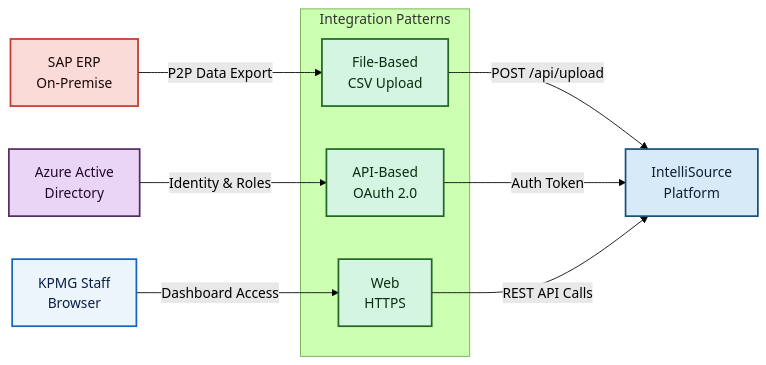
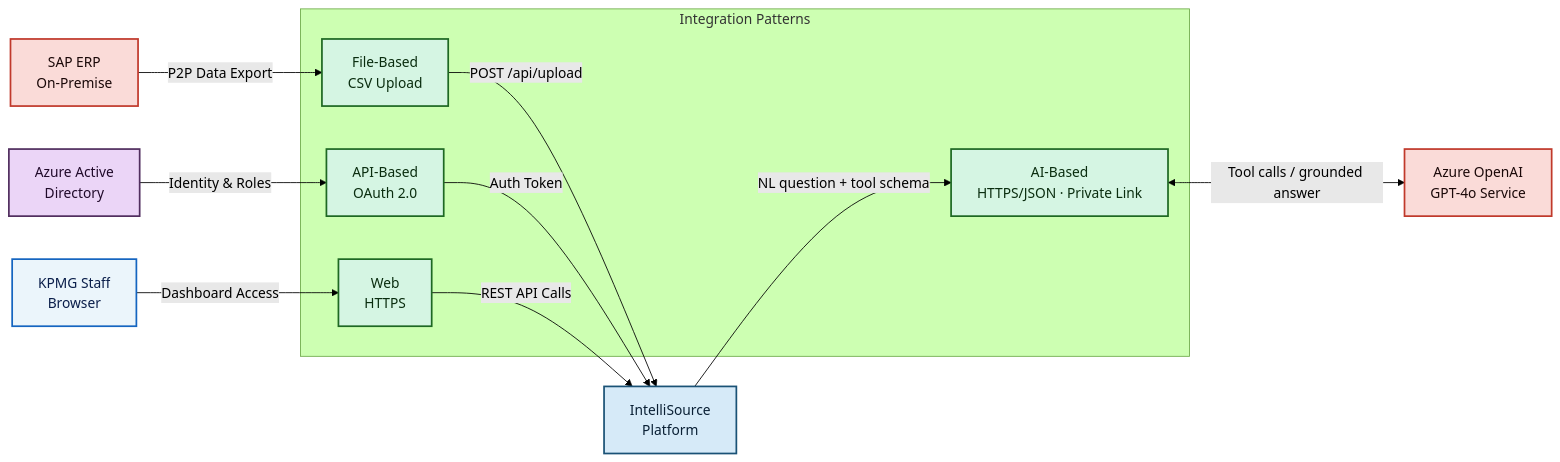
The diagram in ARB/D07_IntegrationArch_SolutionContext.mmd (satyam-raj404/kpmg-intelliflow), drawn with Mermaid (forest theme) before and after one commit. The commit also changed 14 other files, not shown here.

```diff
--- a/ARB/D07_IntegrationArch_SolutionContext.mmd
+++ b/ARB/D07_IntegrationArch_SolutionContext.mmd
@@ -1,31 +1,36 @@
 flowchart LR
     classDef srcStyle  fill:#FADBD8,stroke:#C0392B,color:#1A0808,stroke-width:2px
     classDef intStyle  fill:#D5F5E3,stroke:#1E6823,color:#0A2D0F,stroke-width:2px
     classDef platStyle fill:#D6EAF8,stroke:#1A5276,color:#0A2035,stroke-width:2px
     classDef idStyle   fill:#EBD5F7,stroke:#512E5F,color:#200A2A,stroke-width:2px
     classDef userStyle fill:#EBF5FB,stroke:#1565C0,color:#0A1E4A,stroke-width:2px
 
     SAP["SAP ERP\nOn-Premise"]
     AAD["Azure Active\nDirectory"]
     USERS["KPMG Staff\nBrowser"]
+    AOAI["Azure OpenAI\nGPT-4o Service"]
 
     subgraph INT["Integration Patterns"]
         FILE["File-Based\nCSV Upload"]
         API["API-Based\nOAuth 2.0"]
         WEB["Web\nHTTPS"]
+        LLMAPI["AI-Based\nHTTPS/JSON · Private Link"]
     end
 
     IS["IntelliSource\nPlatform"]
 
     SAP   -->|"P2P Data Export"| FILE
     FILE  -->|"POST /api/upload"| IS
     AAD   -->|"Identity & Roles"| API
     API   -->|"Auth Token"| IS
     USERS -->|"Dashboard Access"| WEB
     WEB   -->|"REST API Calls"| IS
+    IS    -->|"NL question + tool schema"| LLMAPI
+    LLMAPI <-->|"Tool calls / grounded answer"| AOAI
 
     class SAP srcStyle
     class AAD idStyle
     class USERS userStyle
-    class FILE,API,WEB intStyle
+    class AOAI srcStyle
+    class FILE,API,WEB,LLMAPI intStyle
     class IS platStyle
```
